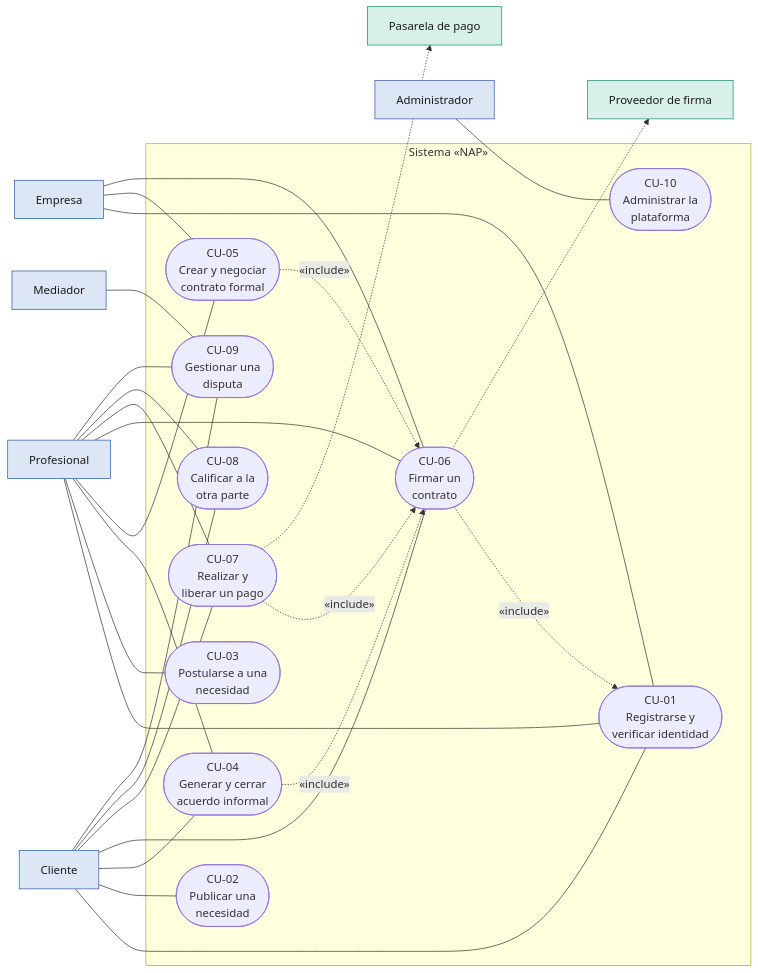
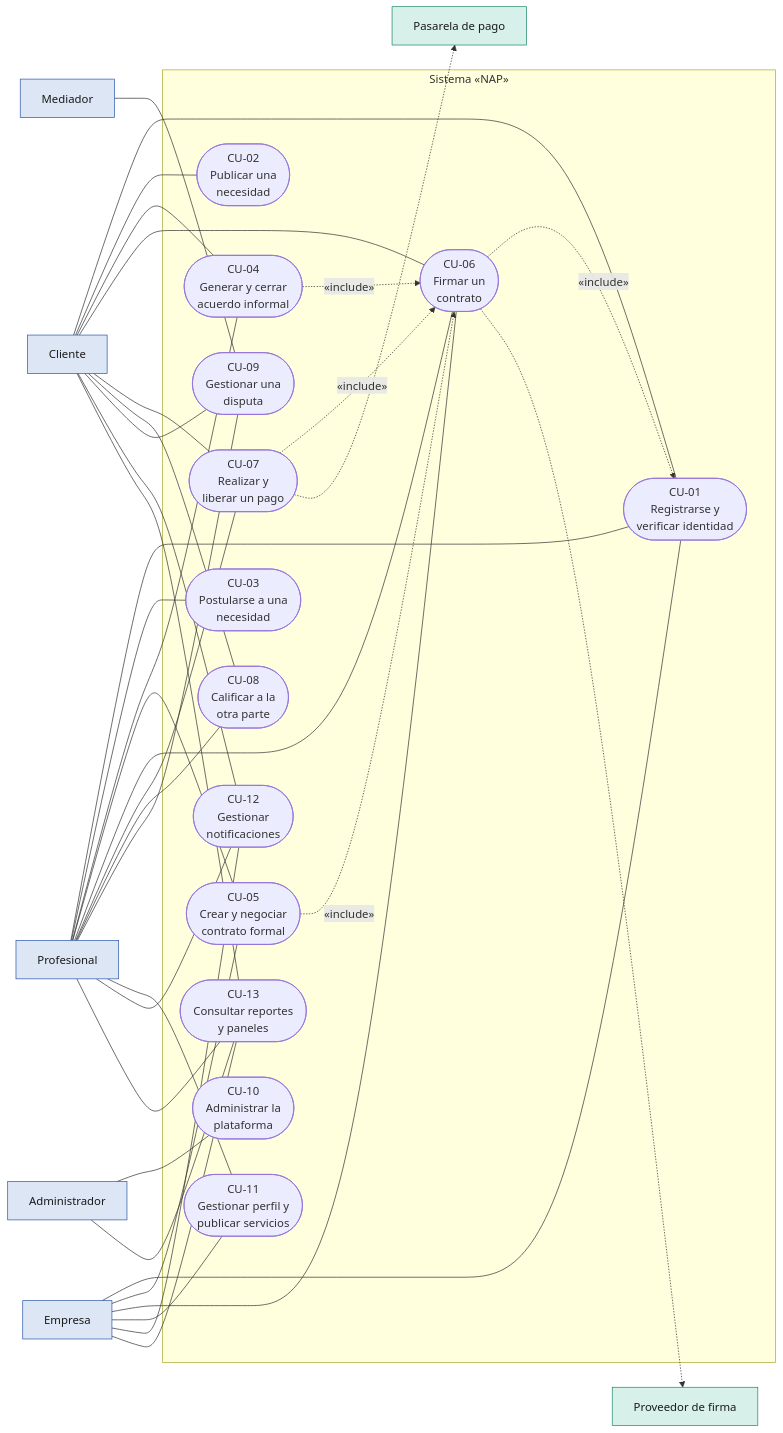
Before and after one commit to stevenrq/nap-tec-doc: the second of 7 diagrams in ERS_NAP_IEEE830.md, drawn with Mermaid. The commit also changed other lines of this file, not shown here.

````diff
--- a/ERS_NAP_IEEE830.md
+++ b/ERS_NAP_IEEE830.md
@@ -601,56 +602,68 @@
 ```mermaid
 flowchart LR
     CLI["Cliente"]
     PRO["Profesional"]
     EMP["Empresa"]
     ADM["Administrador"]
     MED["Mediador"]
     PAY["Pasarela de pago"]
     SIG["Proveedor de firma"]
 
     subgraph NAP["Sistema «NAP»"]
         CU01(["CU-01<br/>Registrarse y<br/>verificar identidad"])
         CU02(["CU-02<br/>Publicar una<br/>necesidad"])
         CU03(["CU-03<br/>Postularse a una<br/>necesidad"])
         CU04(["CU-04<br/>Generar y cerrar<br/>acuerdo informal"])
         CU05(["CU-05<br/>Crear y negociar<br/>contrato formal"])
         CU06(["CU-06<br/>Firmar un<br/>contrato"])
         CU07(["CU-07<br/>Realizar y<br/>liberar un pago"])
         CU08(["CU-08<br/>Calificar a la<br/>otra parte"])
         CU09(["CU-09<br/>Gestionar una<br/>disputa"])
         CU10(["CU-10<br/>Administrar la<br/>plataforma"])
+        CU11(["CU-11<br/>Gestionar perfil y<br/>publicar servicios"])
+        CU12(["CU-12<br/>Gestionar<br/>notificaciones"])
+        CU13(["CU-13<br/>Consultar reportes<br/>y paneles"])
     end
 
     CLI --- CU01
     PRO --- CU01
     EMP --- CU01
     CLI --- CU02
     PRO --- CU03
     CLI --- CU04
     PRO --- CU04
     EMP --- CU05
     PRO --- CU05
     CLI --- CU06
     PRO --- CU06
     EMP --- CU06
     CLI --- CU07
     PRO --- CU07
     CLI --- CU08
     PRO --- CU08
     CLI --- CU09
     PRO --- CU09
     MED --- CU09
     ADM --- CU10
+    PRO --- CU11
+    EMP --- CU11
+    CLI --- CU12
+    PRO --- CU12
+    EMP --- CU12
+    CLI --- CU13
+    PRO --- CU13
+    EMP --- CU13
+    ADM --- CU13
 
     CU06 -.->|"«include»"| CU01
     CU04 -.->|"«include»"| CU06
     CU05 -.->|"«include»"| CU06
     CU07 -.->|"«include»"| CU06
     CU06 -.-> SIG
     CU07 -.-> PAY
 
     classDef actor fill:#DCE6F4,stroke:#2E5AAC,color:#1A1A1A;
     classDef ext fill:#D8F0EA,stroke:#1B8A6B,color:#1A1A1A;
     class CLI,PRO,EMP,ADM,MED actor;
     class PAY,SIG ext;
 ```
````
